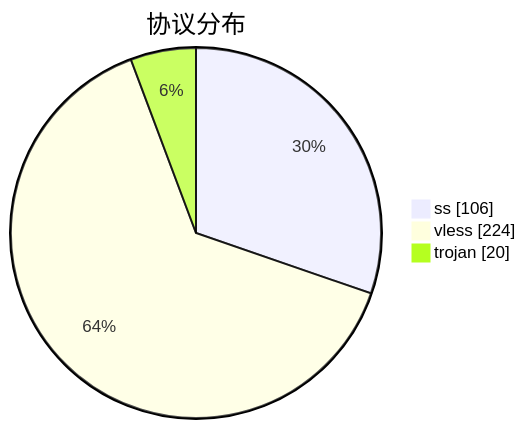
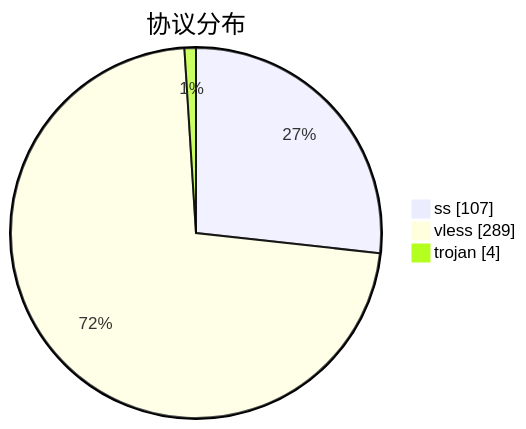
Before and after one commit to qjlxg/airport: the third of 3 diagrams in subs/statistics/tested_within.md, drawn with Mermaid. The commit also changed other lines of this file and 2 other files, not shown here.

````diff
--- a/subs/statistics/tested_within.md
+++ b/subs/statistics/tested_within.md
@@ -19,7 +18,7 @@
 ```mermaid
 pie showData
 title 协议分布
-"ss" : 106
-"vless" : 224
-"trojan" : 20
+"ss" : 107
+"vless" : 289
+"trojan" : 4
 ```
````
